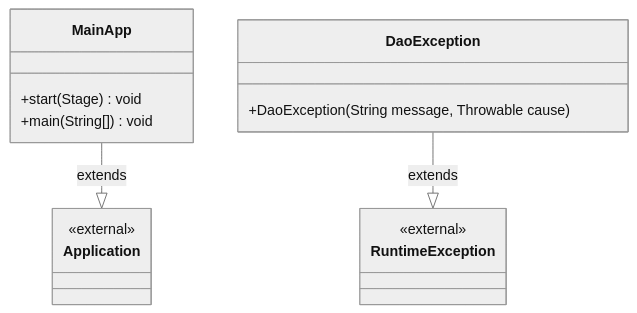
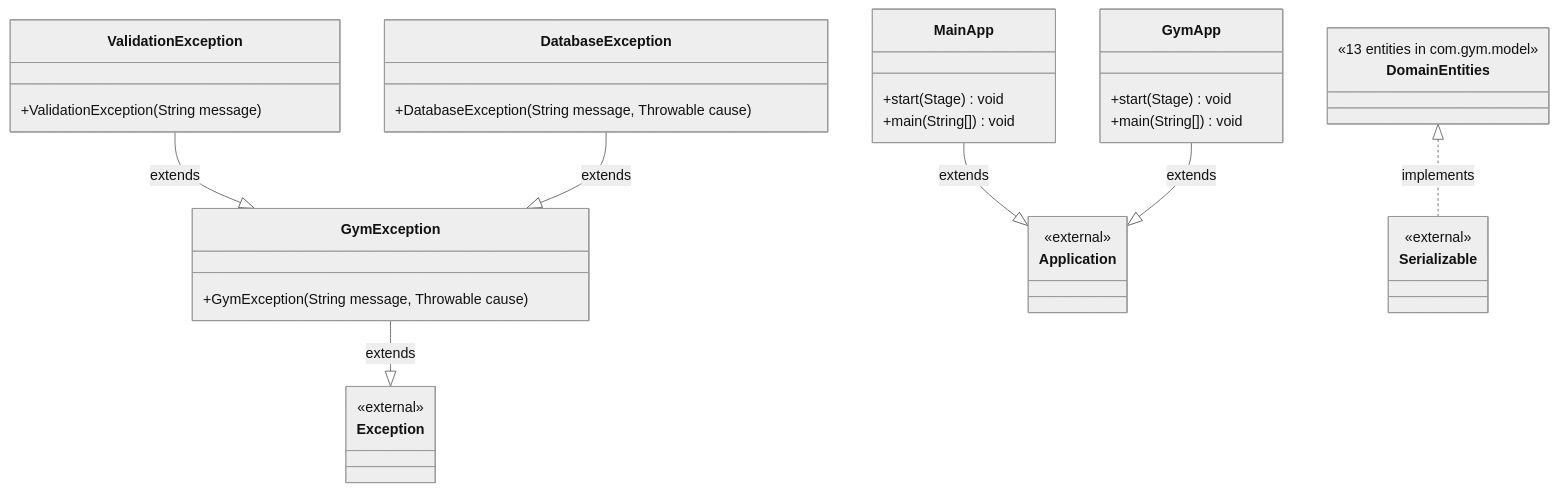
Before and after one commit to Agono0/gym-management-system: the eighth of 8 diagrams in docs/UML.md, drawn with Mermaid (neutral theme). The commit also changed other lines of this file and 72 other files, not shown here.

Commit message:
feat(gym): add Milestone 2 beginner SQLite/serialization backend, drop app tests, and sync docs

````diff
--- a/docs/UML.md
+++ b/docs/UML.md
@@ -1391,19 +975,39 @@
 ```mermaid
 classDiagram
     direction TB
     class MainApp {
         +start(Stage) void
         +main(String[]) void
     }
-    class DaoException {
-        +DaoException(String message, Throwable cause)
+    class GymApp {
+        +start(Stage) void
+        +main(String[]) void
+    }
+    class GymException {
+        +GymException(String message, Throwable cause)
+    }
+    class ValidationException {
+        +ValidationException(String message)
+    }
+    class DatabaseException {
+        +DatabaseException(String message, Throwable cause)
+    }
+    class DomainEntities {
+        <<13 entities in com.gym.model>>
     }
     class Application {
         <<external>>
     }
-    class RuntimeException {
+    class Exception {
+        <<external>>
+    }
+    class Serializable {
         <<external>>
     }
     MainApp --|> Application : extends
-    DaoException --|> RuntimeException : extends
+    GymApp --|> Application : extends
+    GymException --|> Exception : extends
+    ValidationException --|> GymException : extends
+    DatabaseException --|> GymException : extends
+    DomainEntities <|.. Serializable : implements
 ```
````
